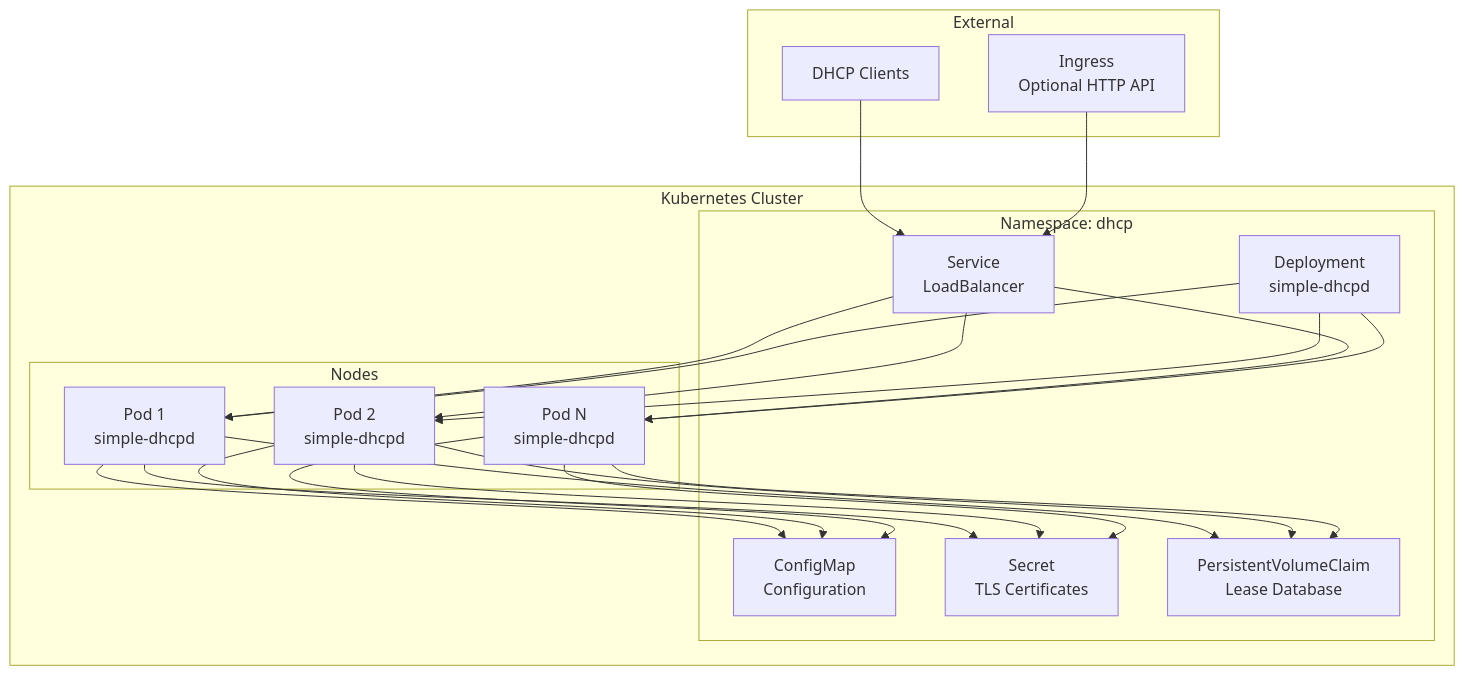
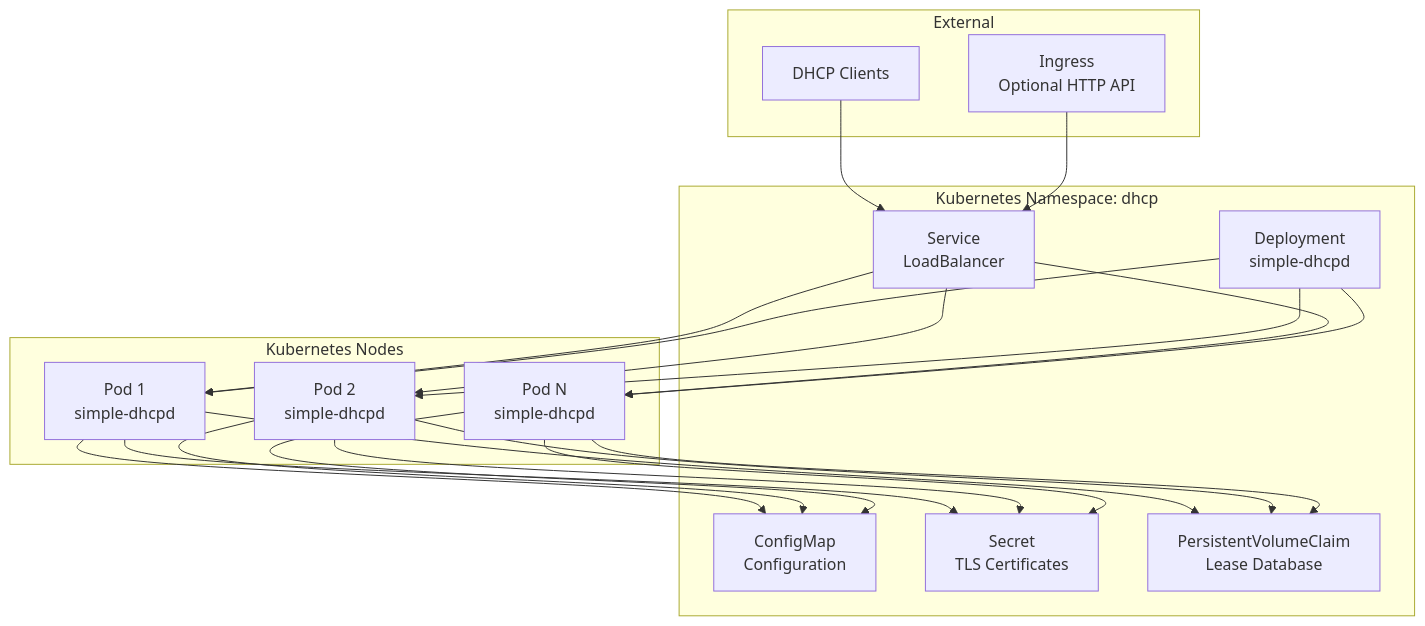
Before and after one commit to SimpleDaemons/simple-dhcpd: the fourth of 6 diagrams in docs/diagrams/deployment.md, drawn with Mermaid. The commit also changed other lines of this file, not shown here.

Commit message:
Fix Mermaid syntax: flatten nested subgraphs in deployment diagrams

````diff
--- a/docs/diagrams/deployment.md
+++ b/docs/diagrams/deployment.md
@@ -135,46 +129,44 @@
 ```mermaid
 graph TB
-    subgraph "Kubernetes Cluster"
-        subgraph "Namespace: dhcp"
-            Deployment[Deployment<br/>simple-dhcpd]
-            Service[Service<br/>LoadBalancer]
-            ConfigMap[ConfigMap<br/>Configuration]
-            Secret[Secret<br/>TLS Certificates]
-            PVC[PersistentVolumeClaim<br/>Lease Database]
-        end
-
-        subgraph "Nodes"
-            Pod1[Pod 1<br/>simple-dhcpd]
-            Pod2[Pod 2<br/>simple-dhcpd]
-            PodN[Pod N<br/>simple-dhcpd]
-        end
+    subgraph "Kubernetes Namespace: dhcp"
+        Deployment[Deployment<br/>simple-dhcpd]
+        Service[Service<br/>LoadBalancer]
+        ConfigMap[ConfigMap<br/>Configuration]
+        Secret[Secret<br/>TLS Certificates]
+        PVC[PersistentVolumeClaim<br/>Lease Database]
     end
-
+    
+    subgraph "Kubernetes Nodes"
+        Pod1[Pod 1<br/>simple-dhcpd]
+        Pod2[Pod 2<br/>simple-dhcpd]
+        PodN[Pod N<br/>simple-dhcpd]
+    end
+    
     subgraph "External"
         Clients[DHCP Clients]
         Ingress[Ingress<br/>Optional HTTP API]
     end
-
+    
     Clients --> Service
     Service --> Pod1
     Service --> Pod2
     Service --> PodN
-
+    
     Deployment --> Pod1
     Deployment --> Pod2
     Deployment --> PodN
-
+    
     Pod1 --> ConfigMap
     Pod1 --> Secret
     Pod1 --> PVC
-
+    
     Pod2 --> ConfigMap
     Pod2 --> Secret
     Pod2 --> PVC
-
+    
     PodN --> ConfigMap
     PodN --> Secret
     PodN --> PVC
-
+    
     Ingress --> Service
 ```
````
